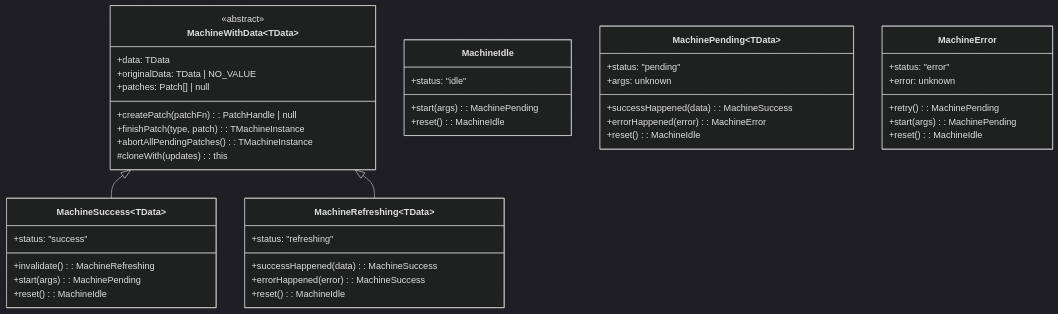
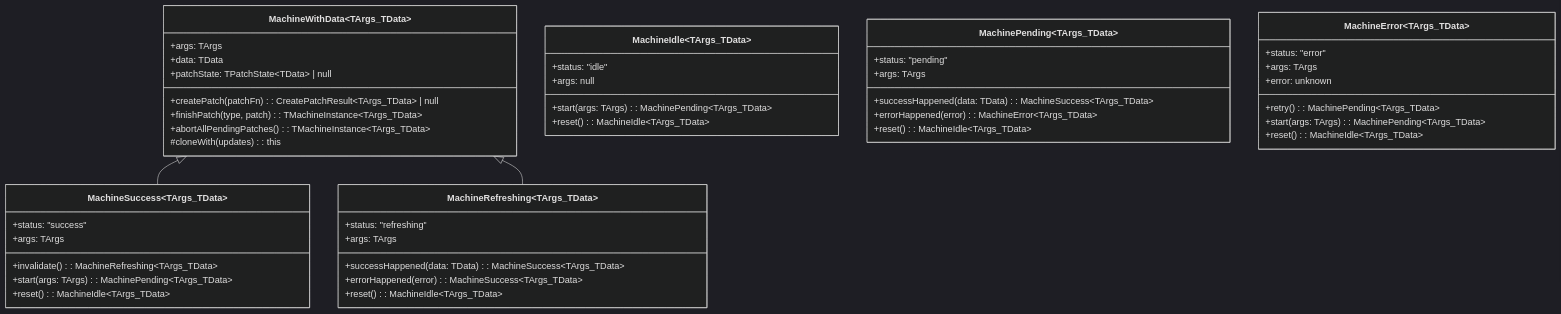
Before and after one commit to fozy-labs/rx-toolkit: the seventh of 8 diagrams in .thoughts/2026-03-23-1400_query-v2-full-implementation/02-design/01-architecture.md, drawn with Mermaid (dark theme). The commit also changed other lines of this file and 204 other files, not shown here.

````diff
--- a/.thoughts/2026-03-23-1400_query-v2-full-implementation/02-design/01-architecture.md
+++ b/.thoughts/2026-03-23-1400_query-v2-full-implementation/02-design/01-architecture.md
@@ -293,54 +266,57 @@
 ```mermaid
 classDiagram
     title Machine Class Hierarchy
     
-    class MachineWithData~TData~ {
-        <<abstract>>
+    class MachineWithData~TArgs_TData~ {
+        +args: TArgs
         +data: TData
-        +originalData: TData | NO_VALUE
-        +patches: Patch[] | null
-        +createPatch(patchFn): PatchHandle | null
-        +finishPatch(type, patch): TMachineInstance
-        +abortAllPendingPatches(): TMachineInstance
+        +patchState: TPatchState~TData~ | null
+        +createPatch(patchFn): CreatePatchResult~TArgs_TData~ | null
+        +finishPatch(type, patch): TMachineInstance~TArgs_TData~
+        +abortAllPendingPatches(): TMachineInstance~TArgs_TData~
         #cloneWith(updates): this
     }
     
-    class MachineIdle {
+    class MachineIdle~TArgs_TData~ {
         +status: "idle"
-        +start(args): MachinePending
-        +reset(): MachineIdle
+        +args: null
+        +start(args: TArgs): MachinePending~TArgs_TData~
+        +reset(): MachineIdle~TArgs_TData~
     }
     
-    class MachinePending~TData~ {
+    class MachinePending~TArgs_TData~ {
         +status: "pending"
-        +args: unknown
-        +successHappened(data): MachineSuccess
-        +errorHappened(error): MachineError
-        +reset(): MachineIdle
+        +args: TArgs
+        +successHappened(data: TData): MachineSuccess~TArgs_TData~
+        +errorHappened(error): MachineError~TArgs_TData~
+        +reset(): MachineIdle~TArgs_TData~
     }
     
-    class MachineSuccess~TData~ {
+    class MachineSuccess~TArgs_TData~ {
         +status: "success"
-        +invalidate(): MachineRefreshing
-        +start(args): MachinePending
-        +reset(): MachineIdle
+        +args: TArgs
+        +invalidate(): MachineRefreshing~TArgs_TData~
+        +start(args: TArgs): MachinePending~TArgs_TData~
+        +reset(): MachineIdle~TArgs_TData~
     }
     
-    class MachineError {
+    class MachineError~TArgs_TData~ {
         +status: "error"
+        +args: TArgs
         +error: unknown
-        +retry(): MachinePending
-        +start(args): MachinePending
-        +reset(): MachineIdle
+        +retry(): MachinePending~TArgs_TData~
+        +start(args: TArgs): MachinePending~TArgs_TData~
+        +reset(): MachineIdle~TArgs_TData~
     }
     
-    class MachineRefreshing~TData~ {
+    class MachineRefreshing~TArgs_TData~ {
         +status: "refreshing"
-        +successHappened(data): MachineSuccess
-        +errorHappened(error): MachineSuccess
-        +reset(): MachineIdle
+        +args: TArgs
+        +successHappened(data: TData): MachineSuccess~TArgs_TData~
+        +errorHappened(error): MachineSuccess~TArgs_TData~
+        +reset(): MachineIdle~TArgs_TData~
     }
     
     MachineWithData <|-- MachineSuccess
     MachineWithData <|-- MachineRefreshing
 ```
````
